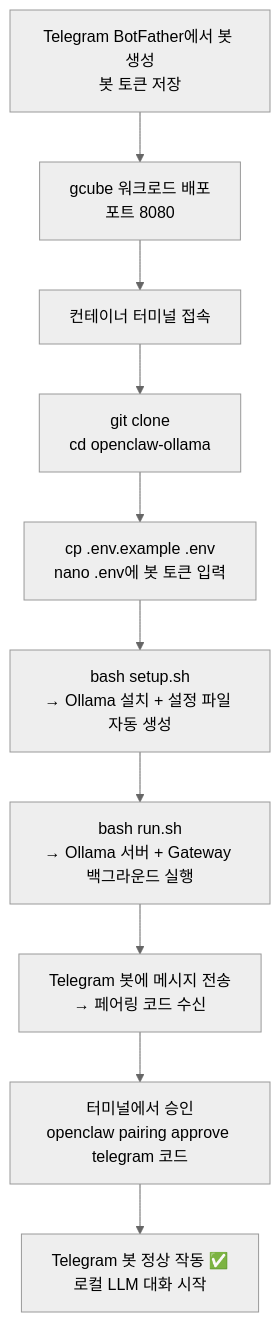
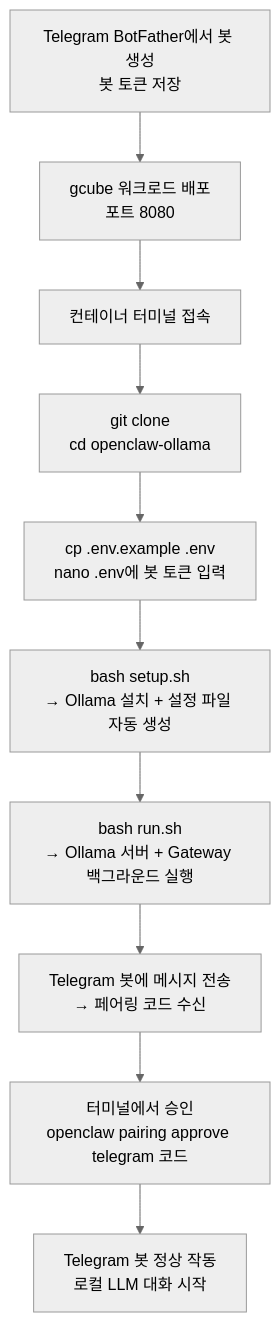
The diagram in README.md (chaeyoon-08/openclaw-ollama), drawn with Mermaid (neutral theme) before and after one commit. The commit also changed other lines of this file and 1 other file, not shown here.

````diff
--- a/README.md
+++ b/README.md
@@ -11,13 +11,13 @@
 ```mermaid
 flowchart TD
     A[Telegram BotFather에서 봇 생성<br/>봇 토큰 저장] --> B
     B[gcube 워크로드 배포<br/>포트 8080] --> C
     C[컨테이너 터미널 접속] --> D
     D[git clone<br/>cd openclaw-ollama] --> E
     E[cp .env.example .env<br/>nano .env에 봇 토큰 입력] --> F
     F[bash setup.sh<br/>→ Ollama 설치 + 설정 파일 자동 생성] --> G
     G[bash run.sh<br/>→ Ollama 서버 + Gateway 백그라운드 실행] --> H
     H[Telegram 봇에 메시지 전송<br/>→ 페어링 코드 수신] --> I
     I[터미널에서 승인<br/>openclaw pairing approve telegram 코드] --> J
-    J[Telegram 봇 정상 작동 ✅<br/>로컬 LLM 대화 시작]
+    J[Telegram 봇 정상 작동<br/>로컬 LLM 대화 시작]
 ```
````
